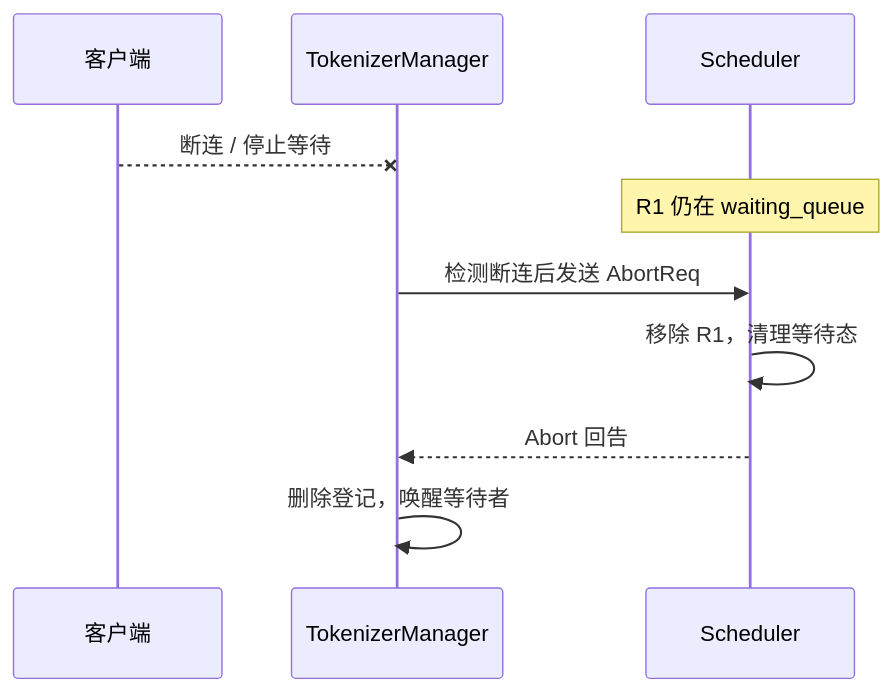
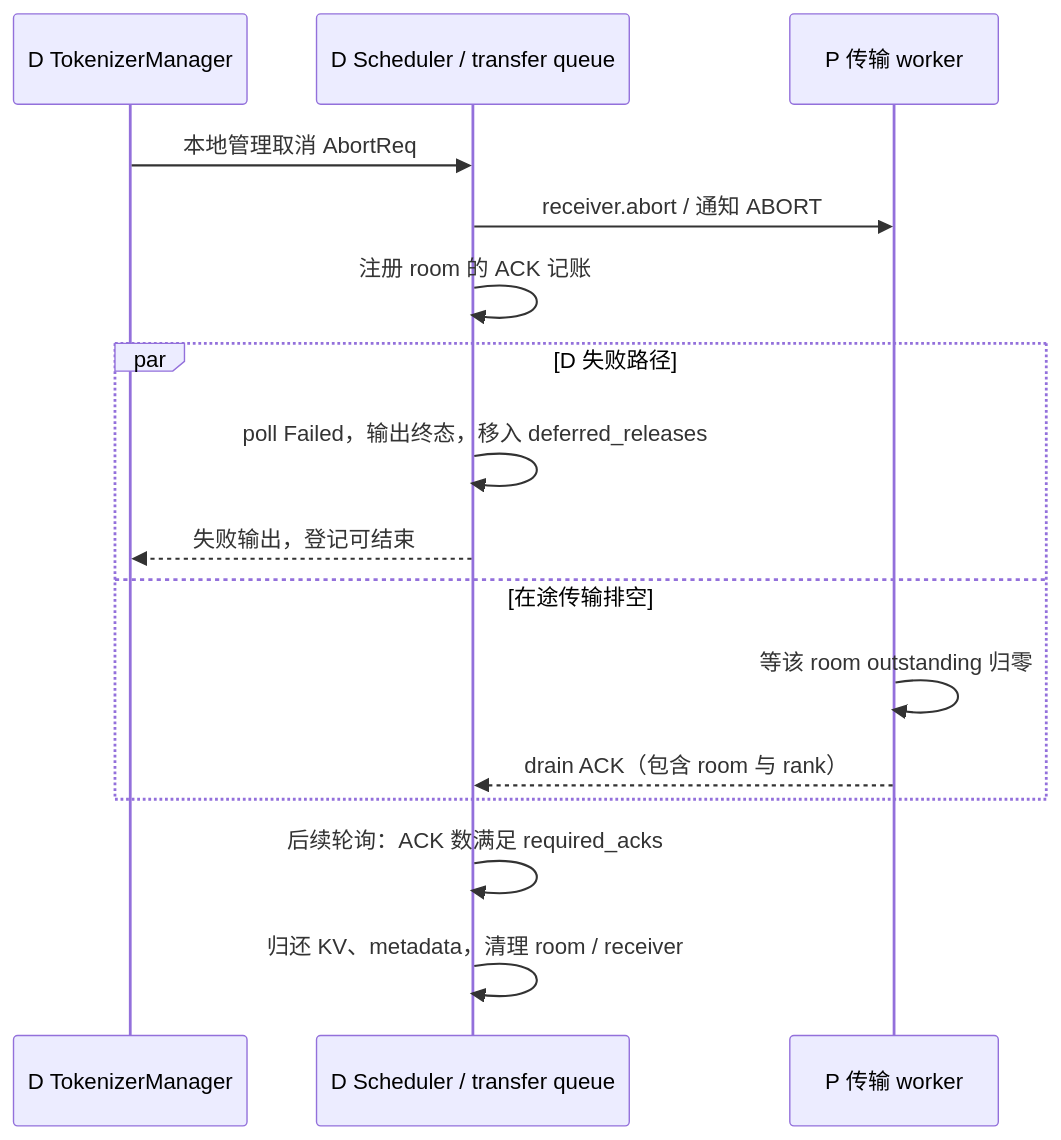
The third of 3 diagrams in sglang/服务运维/SGLang 服务生命周期与请求治理学习文档.md (Asher-XunZhang/ai-infra-wiki), drawn with Mermaid before and after one commit. The commit also changed other lines of this file and 11 other files, not shown here.

````diff
--- a/sglang/服务运维/SGLang 服务生命周期与请求治理学习文档.md
+++ b/sglang/服务运维/SGLang 服务生命周期与请求治理学习文档.md
@@ -123,12 +145,18 @@
 ```mermaid
 sequenceDiagram
-    participant C as 客户端
-    participant T as TokenizerManager
-    participant S as Scheduler
-    C--xT: 断连 / 停止等待
-    Note over S: R1 仍在 waiting_queue
-    T->>S: 检测断连后发送 AbortReq
-    S->>S: 移除 R1，清理等待态
-    S-->>T: Abort 回告
-    T->>T: 删除登记，唤醒等待者
+    participant TM as D TokenizerManager
+    participant S as D Scheduler / transfer queue
+    participant P as P 传输 worker
+    TM->>S: 本地管理取消 AbortReq
+    S->>P: receiver.abort / 通知 ABORT
+    S->>S: 注册 room 的 ACK 记账
+    par D 失败路径
+      S->>S: poll Failed，输出终态，移入 deferred_releases
+      S-->>TM: 失败输出，登记可结束
+    and 在途传输排空
+      P->>P: 等该 room outstanding 归零
+      P-->>S: drain ACK（包含 room 与 rank）
+    end
+    S->>S: 后续轮询：ACK 数满足 required_acks
+    S->>S: 归还 KV、metadata，清理 room / receiver
 ```
````
